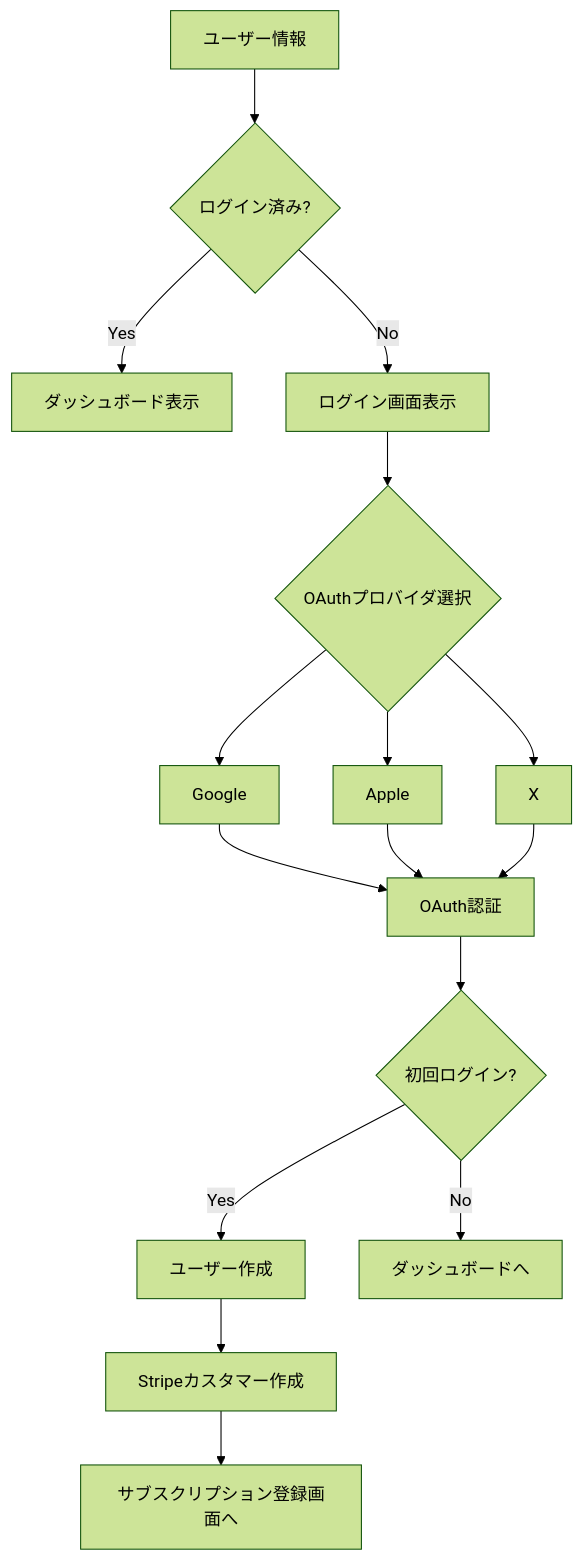
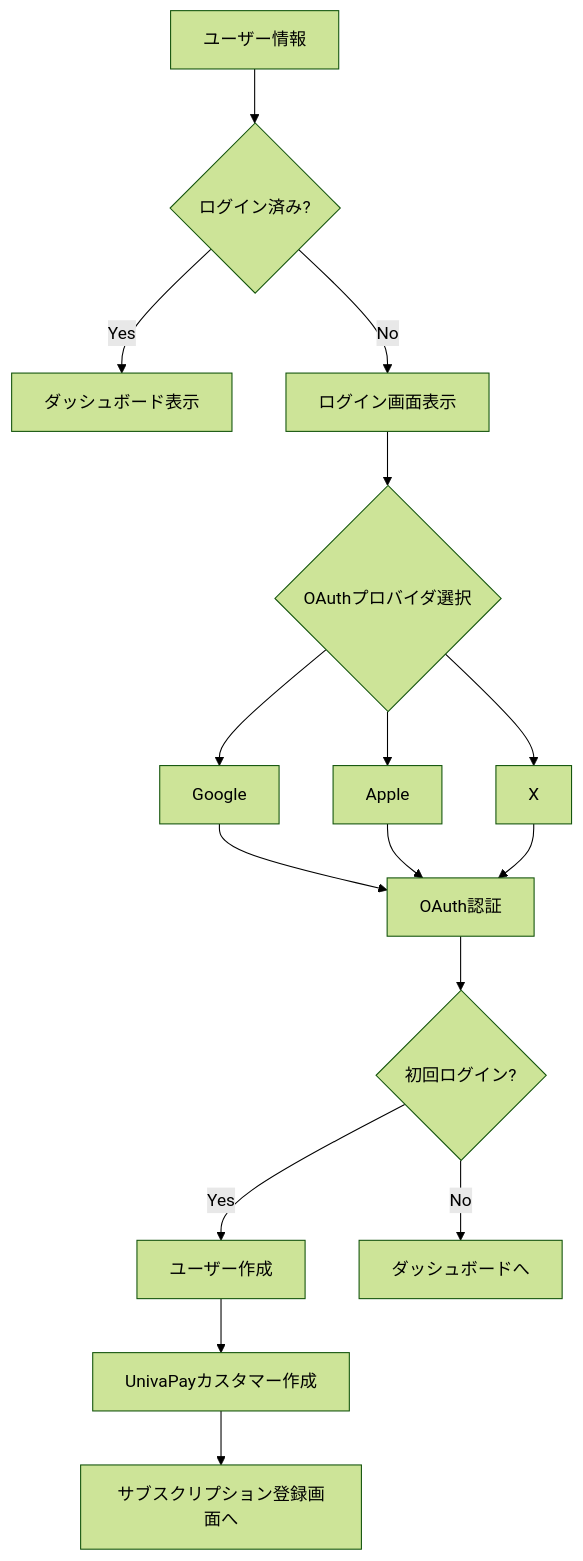
Before and after one commit to RRRRRRR-777/SikouLab: the second of 3 diagrams in docs/functions/auth/login.md, drawn with Mermaid (forest theme). The commit also changed other lines of this file and 110 other files, not shown here.

````diff
--- a/docs/functions/auth/login.md
+++ b/docs/functions/auth/login.md
@@ -120,21 +125,21 @@
 ```mermaid
 flowchart TD
     A[ユーザー情報] --> B{ログイン済み?}
     B -->|Yes| C[ダッシュボード表示]
     B -->|No| D[ログイン画面表示]
 
     D --> E{OAuthプロバイダ選択}
     E --> F[Google]
     E --> G[Apple]
     E --> H[X]
 
     F --> I[OAuth認証]
     G --> I
     H --> I
 
     I --> J{初回ログイン?}
     J -->|Yes| K[ユーザー作成]
-    K --> L[Stripeカスタマー作成]
+    K --> L[UnivaPayカスタマー作成]
     L --> M[サブスクリプション登録画面へ]
     J -->|No| N[ダッシュボードへ]
 ```
````
